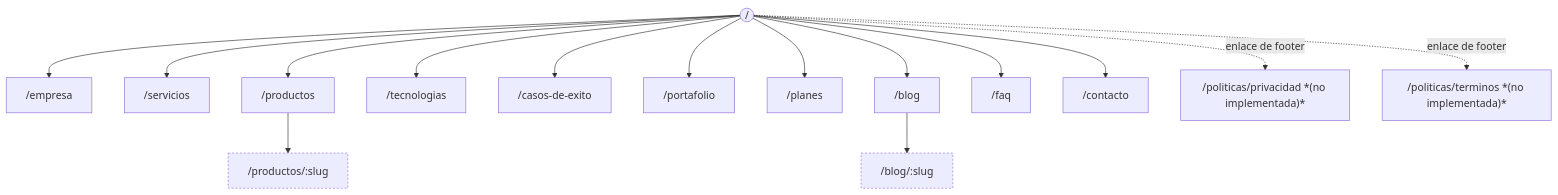
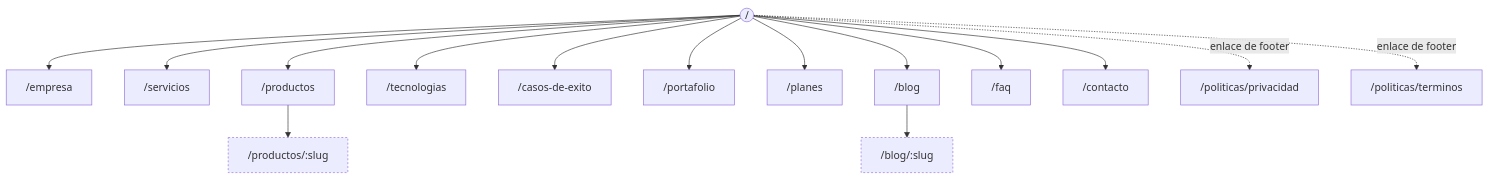
One commit to Castrojim98/LogikaSoftERPweb changed the diagram in docs/ROUTES.md. Above: the diagram before and after it, drawn with Mermaid. The commit also changed other lines of this file and 7 other files, not shown here.

````diff
--- a/docs/ROUTES.md
+++ b/docs/ROUTES.md
@@ -7,22 +7,22 @@
 ```mermaid
 flowchart TB
     Root(("/"))
     Root --> Empresa["/empresa"]
     Root --> Servicios["/servicios"]
     Root --> Productos["/productos"]
     Productos --> ProductoDetalle["/productos/:slug"]
     Root --> Tecnologias["/tecnologias"]
     Root --> Casos["/casos-de-exito"]
     Root --> Portafolio["/portafolio"]
     Root --> Planes["/planes"]
     Root --> Blog["/blog"]
     Blog --> Articulo["/blog/:slug"]
     Root --> Faq["/faq"]
     Root --> Contacto["/contacto"]
 
-    Root -.enlace de footer.-> PolPriv["/politicas/privacidad *(no implementada)*"]
-    Root -.enlace de footer.-> PolTerm["/politicas/terminos *(no implementada)*"]
+    Root -.enlace de footer.-> PolPriv["/politicas/privacidad"]
+    Root -.enlace de footer.-> PolTerm["/politicas/terminos"]
 
     style ProductoDetalle stroke-dasharray: 3 3
     style Articulo stroke-dasharray: 3 3
 ```
````
